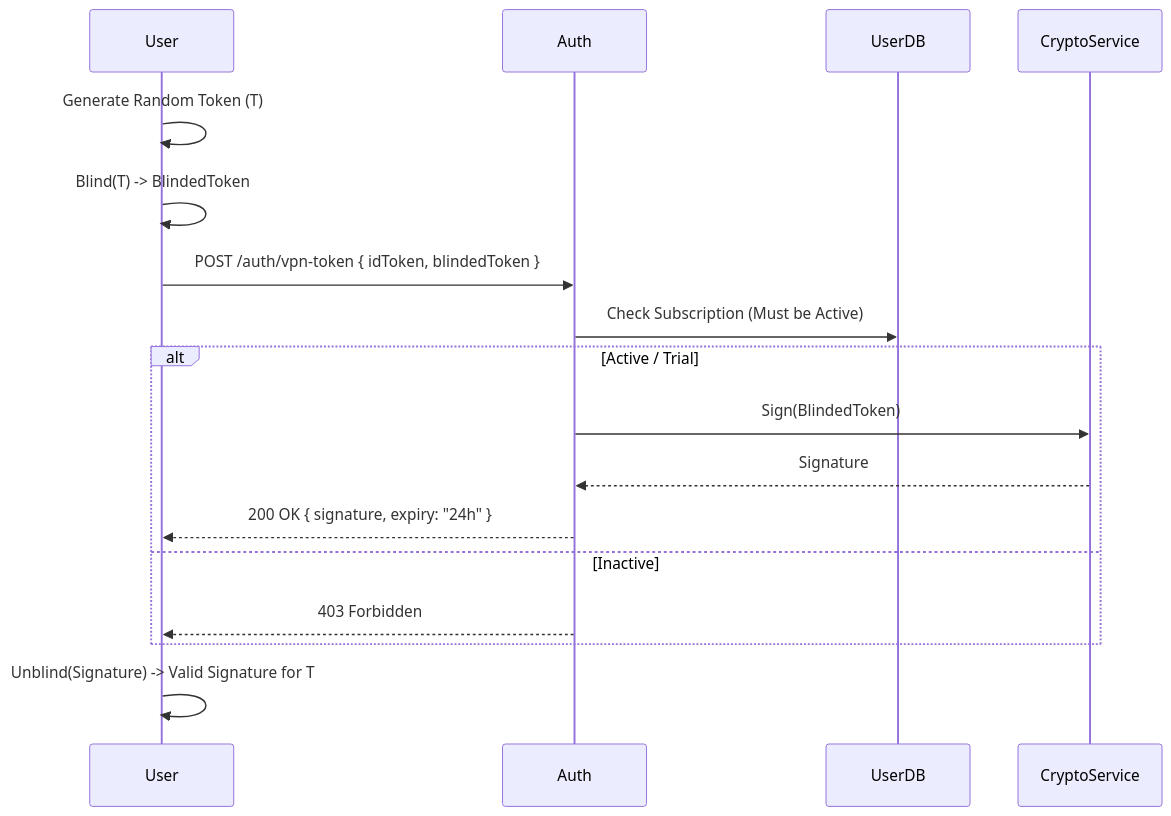
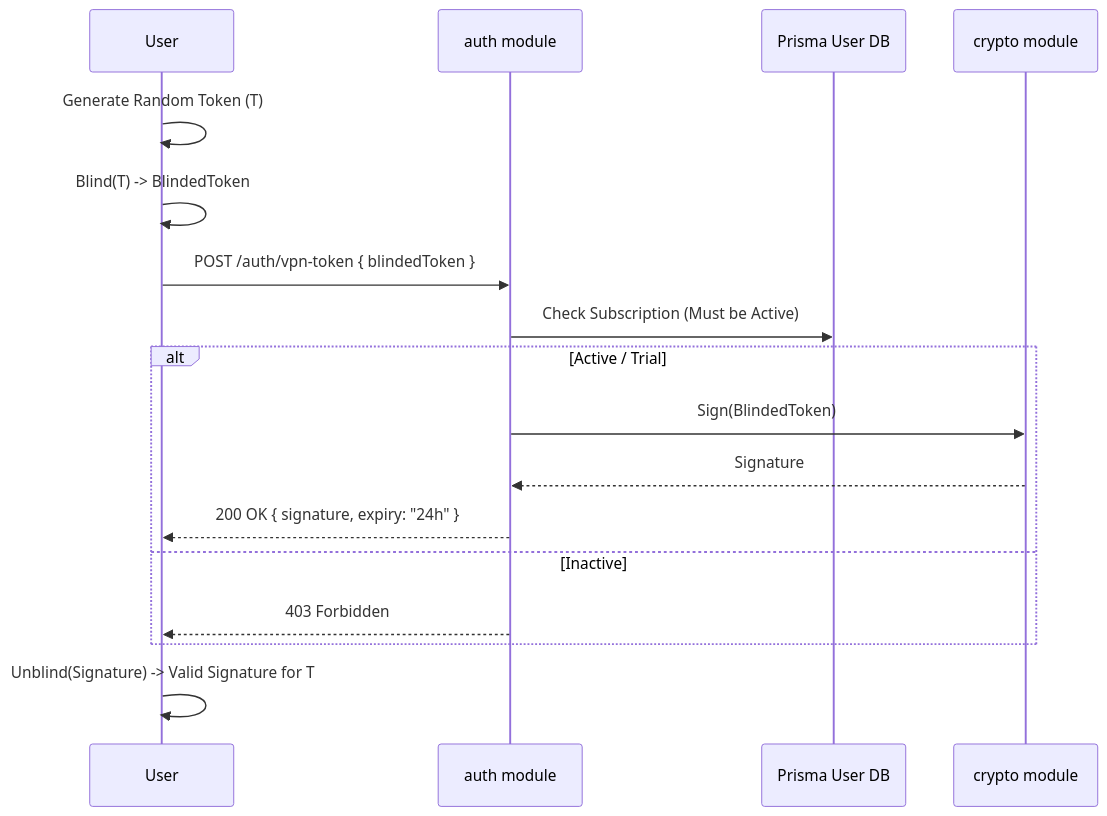
The third of 5 diagrams in architecture/b2c-backend-design.md (Keen-VPN/docs), drawn with Mermaid before and after one commit. The commit also changed other lines of this file and 15 other files, not shown here.

````diff
--- a/architecture/b2c-backend-design.md
+++ b/architecture/b2c-backend-design.md
@@ -399,23 +118,23 @@
-    ```mermaid
-    sequenceDiagram
-        participant User
-        participant Auth
-        participant DB as UserDB
-        participant Crypto as CryptoService
+```mermaid
+sequenceDiagram
+    participant User
+    participant Auth as auth module
+    participant DB as Prisma User DB
+    participant Crypto as crypto module
 
-        User->>User: Generate Random Token (T)
-        User->>User: Blind(T) -> BlindedToken
-        
-        User->>Auth: POST /auth/vpn-token { idToken, blindedToken }
-        Auth->>DB: Check Subscription (Must be Active)
-        
-        alt Active / Trial
-            Auth->>Crypto: Sign(BlindedToken)
-            Crypto-->>Auth: Signature
-            Auth-->>User: 200 OK { signature, expiry: "24h" }
-        else Inactive
-            Auth-->>User: 403 Forbidden
-        end
+    User->>User: Generate Random Token (T)
+    User->>User: Blind(T) -> BlindedToken
+    
+    User->>Auth: POST /auth/vpn-token { blindedToken }
+    Auth->>DB: Check Subscription (Must be Active)
+    
+    alt Active / Trial
+        Auth->>Crypto: Sign(BlindedToken)
+        Crypto-->>Auth: Signature
+        Auth-->>User: 200 OK { signature, expiry: "24h" }
+    else Inactive
+        Auth-->>User: 403 Forbidden
+    end
 
-        User->>User: Unblind(Signature) -> Valid Signature for T
-    ```
+    User->>User: Unblind(Signature) -> Valid Signature for T
+```
````
